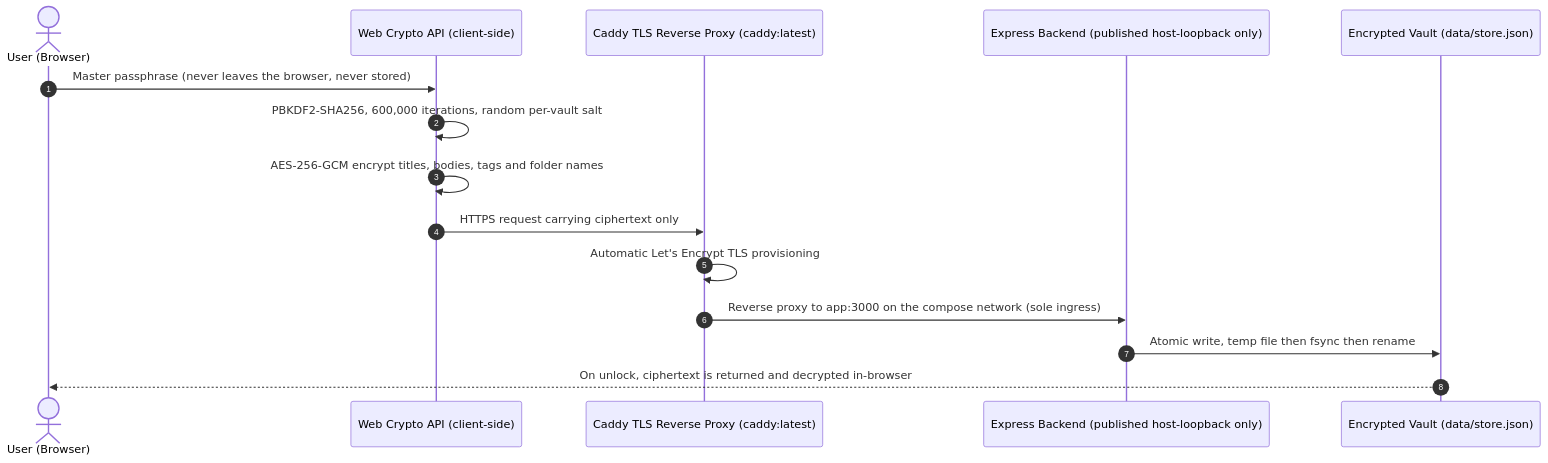
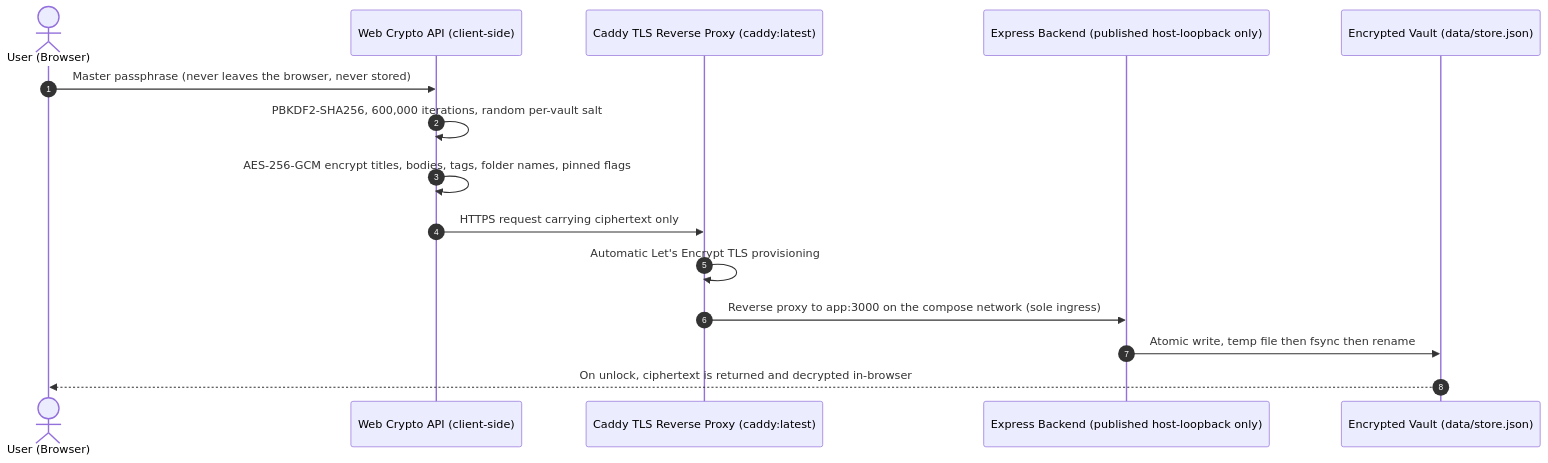
The diagram in README.md (Arelius-D/LucID), drawn with Mermaid before and after one commit. The commit also changed other lines of this file and 1 other file, not shown here.

````diff
--- a/README.md
+++ b/README.md
@@ -183,18 +189,18 @@
 ```mermaid
 sequenceDiagram
     autonumber
     actor User as User (Browser)
     participant Crypto as Web Crypto API (client-side)
     participant Caddy as Caddy TLS Reverse Proxy (caddy:latest)
     participant Server as Express Backend (published host-loopback only)
     participant Storage as Encrypted Vault (data/store.json)
 
     User->>Crypto: Master passphrase (never leaves the browser, never stored)
     Crypto->>Crypto: PBKDF2-SHA256, 600,000 iterations, random per-vault salt
-    Crypto->>Crypto: AES-256-GCM encrypt titles, bodies, tags and folder names
+    Crypto->>Crypto: AES-256-GCM encrypt titles, bodies, tags, folder names, pinned flags
     Crypto->>Caddy: HTTPS request carrying ciphertext only
     Caddy->>Caddy: Automatic Let's Encrypt TLS provisioning
     Caddy->>Server: Reverse proxy to app:3000 on the compose network (sole ingress)
     Server->>Storage: Atomic write, temp file then fsync then rename
     Storage-->>User: On unlock, ciphertext is returned and decrypted in-browser
 ```
````
